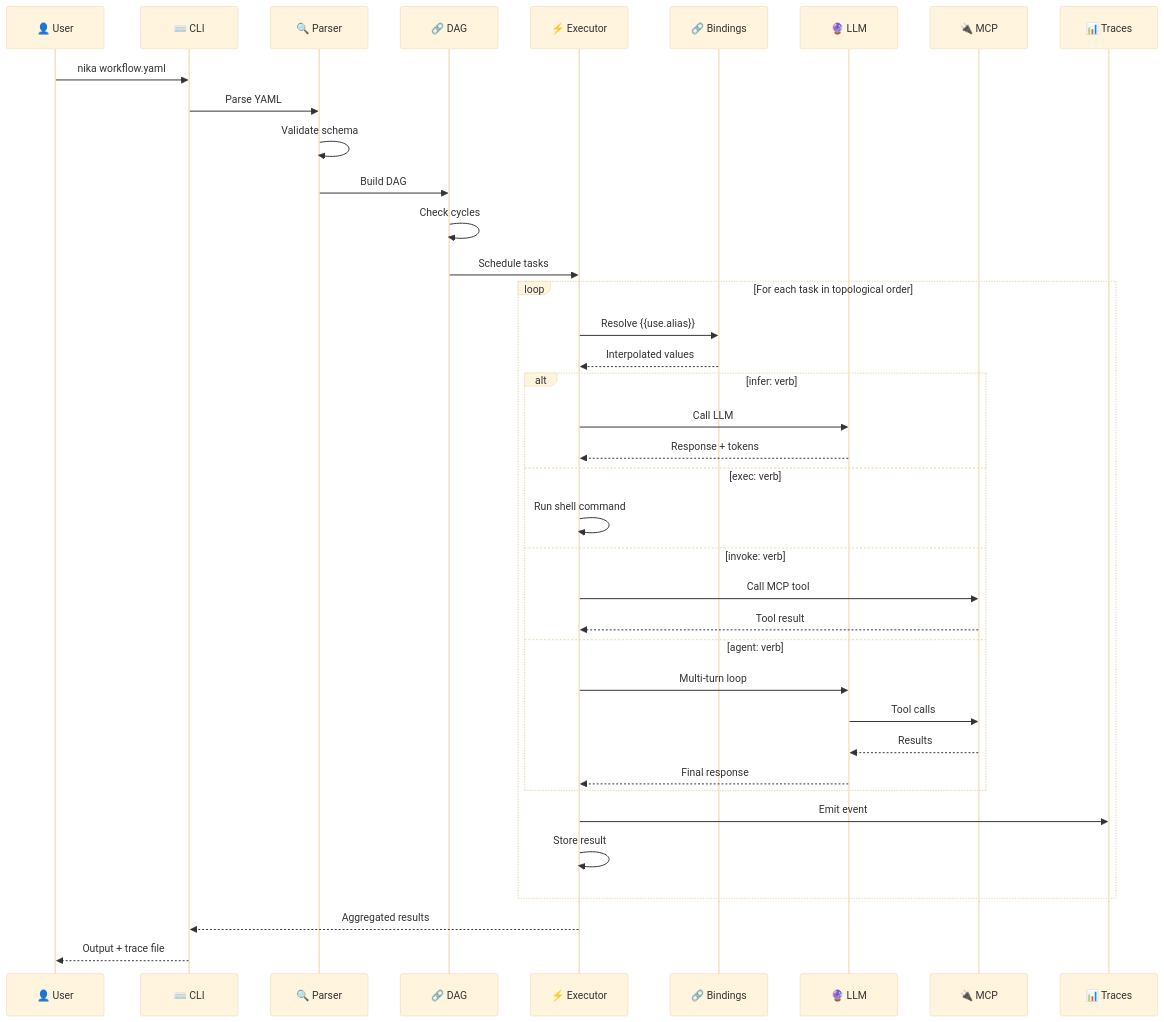
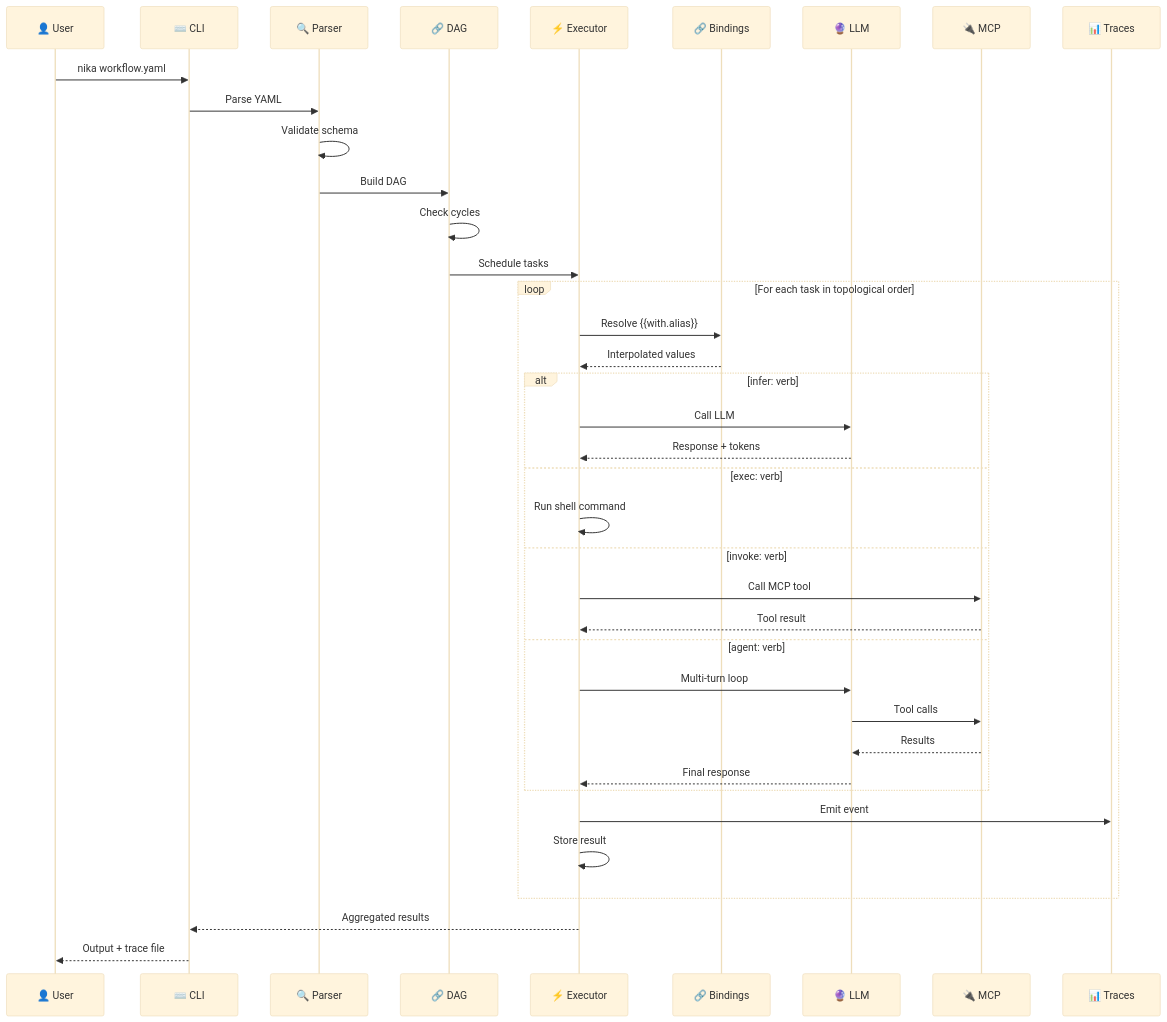
Before and after one commit to supernovae-st/nika: the fifth of 13 diagrams in README.md, drawn with Mermaid (base theme). The commit also changed other lines of this file, not shown here.

````diff
--- a/README.md
+++ b/README.md
@@ -616,45 +616,45 @@
 ```mermaid
 sequenceDiagram
     participant U as 👤 User
     participant C as ⌨️ CLI
     participant P as 🔍 Parser
     participant D as 🔗 DAG
     participant E as ⚡ Executor
     participant B as 🔗 Bindings
     participant L as 🔮 LLM
     participant M as 🔌 MCP
     participant T as 📊 Traces
 
     U->>C: nika workflow.yaml
     C->>P: Parse YAML
     P->>P: Validate schema
     P->>D: Build DAG
     D->>D: Check cycles
     D->>E: Schedule tasks
 
     loop For each task in topological order
-        E->>B: Resolve {{use.alias}}
+        E->>B: Resolve {{with.alias}}
         B-->>E: Interpolated values
 
         alt infer: verb
             E->>L: Call LLM
             L-->>E: Response + tokens
         else exec: verb
             E->>E: Run shell command
         else invoke: verb
             E->>M: Call MCP tool
             M-->>E: Tool result
         else agent: verb
             E->>L: Multi-turn loop
             L->>M: Tool calls
             M-->>L: Results
             L-->>E: Final response
         end
 
         E->>T: Emit event
         E->>E: Store result
     end
 
     E-->>C: Aggregated results
     C-->>U: Output + trace file
 ```
````
